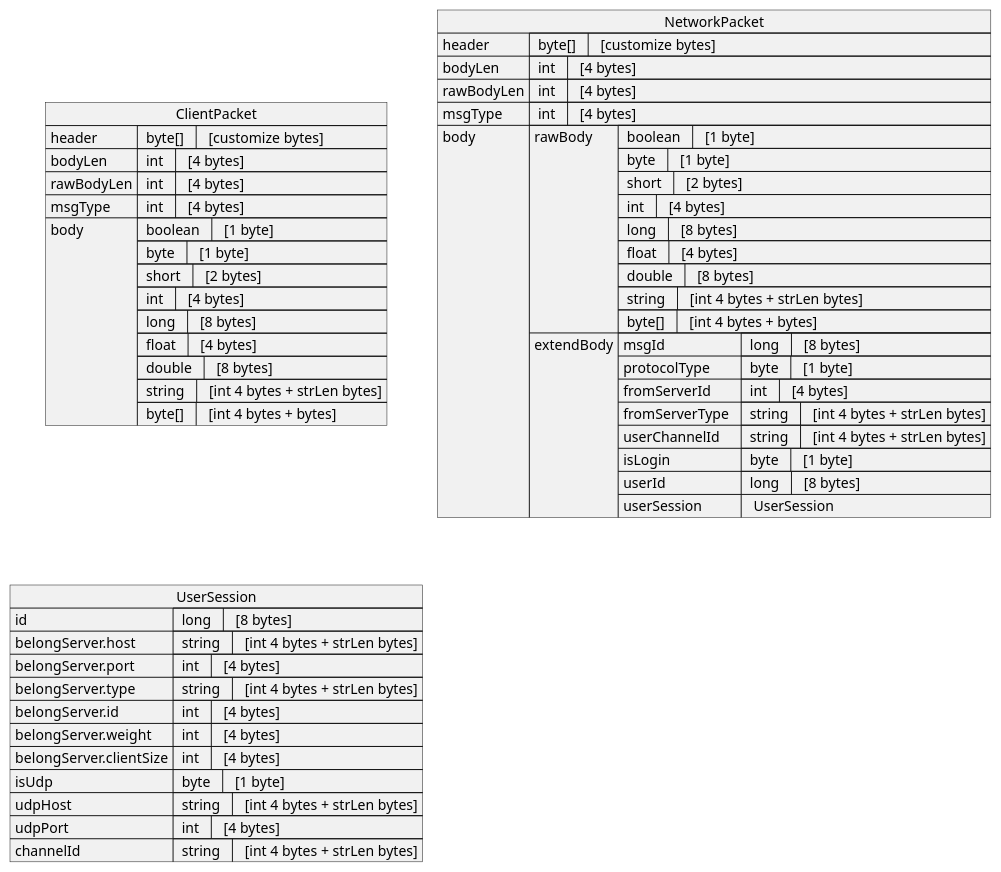
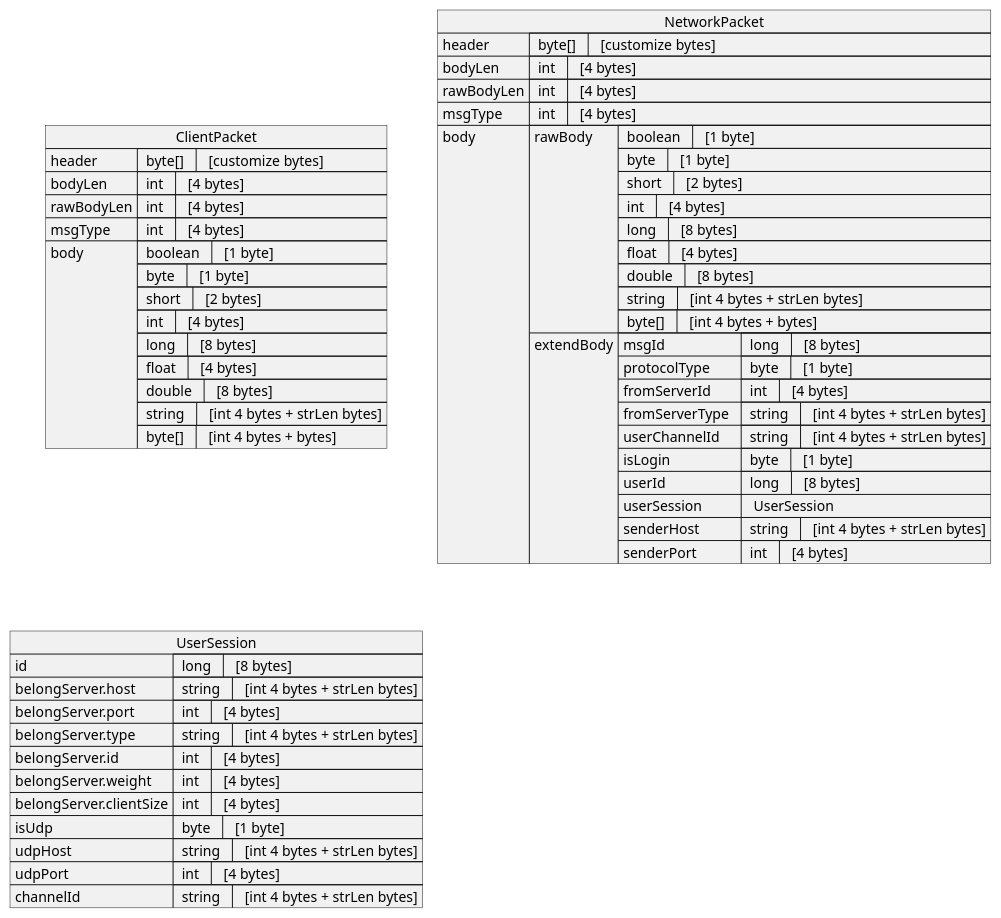
One commit to zunzhuowei/network-server changed the diagram in docs/networkPacket.puml. Above: the diagram before and after it, drawn with PlantUML. The commit also changed 23 other files, not shown here.

```diff
--- a/docs/networkPacket.puml
+++ b/docs/networkPacket.puml
@@ -1,66 +1,68 @@
 @startuml
 json ClientPacket {
 "header":{" byte[]  " : "  [customize bytes]"},
 "bodyLen":{" int  " : "  [4 bytes]"},
 "rawBodyLen":{" int  " : "  [4 bytes]"},
 "msgType":{" int  " : "  [4 bytes]"},
 "body": [
     {" boolean  " : "  [1 byte]"},
     {" byte  " : "  [1 byte]"},
     {" short  " : "  [2 bytes]"},
     {" int  " : "  [4 bytes]"},
     {" long  " : "  [8 bytes]"},
     {" float  " : "  [4 bytes]"},
     {" double  " : "  [8 bytes]"},
     {" string  " : "  [int 4 bytes + strLen bytes]"},
     {" byte[]  " : "  [int 4 bytes + bytes]"}
  ]
 }
 
 json NetworkPacket {
 "header":{" byte[]  " : "  [customize bytes]"},
 "bodyLen":{" int  " : "  [4 bytes]"},
 "rawBodyLen":{" int  " : "  [4 bytes]"},
 "msgType":{" int  " : "  [4 bytes]"},
 "body": {
     "rawBody":
     [
         {" boolean  " : "  [1 byte]"},
         {" byte  " : "  [1 byte]"},
         {" short  " : "  [2 bytes]"},
         {" int  " : "  [4 bytes]"},
         {" long  " : "  [8 bytes]"},
         {" float  " : "  [4 bytes]"},
         {" double  " : "  [8 bytes]"},
         {" string  " : "  [int 4 bytes + strLen bytes]"},
         {" byte[]  " : "  [int 4 bytes + bytes]"}
     ],
      "extendBody":
      {
         "msgId":{" long  " : "  [8 bytes]"},
         ' 0:tcp,1:udp,2:binary_websocket,3:text_websocket,4:http
         "protocolType": {" byte  " : "  [1 byte]"},
         "fromServerId  " : {" int  " : "  [4 bytes]"},
         "fromServerType  " :   {" string  " : "  [int 4 bytes + strLen bytes]"},
         "userChannelId  " :   {" string  " : "  [int 4 bytes + strLen bytes]"},
         "isLogin" : {" byte  " : "  [1 byte]"},
          "userId":{" long  " : "  [8 bytes]"},
-        "userSession" : "  UserSession "
+        "userSession" : "  UserSession ",
+        "senderHost  " :   {" string  " : "  [int 4 bytes + strLen bytes]"},
+        "senderPort  " : {" int  " : "  [4 bytes]"}
      }
  }
 }
 
 json UserSession {
     "id": {" long  " : "  [8 bytes]"},
     "belongServer.host": {" string  " : "  [int 4 bytes + strLen bytes]"},
     "belongServer.port": {" int  " : "  [4 bytes]"},
     "belongServer.type": {" string  " : "  [int 4 bytes + strLen bytes]"},
     "belongServer.id": {" int  " : "  [4 bytes]"},
     "belongServer.weight": {" int  " : "  [4 bytes]"},
     "belongServer.clientSize": {" int  " : "  [4 bytes]"},
     "isUdp": {" byte  " : "  [1 byte]"},
     "udpHost": {" string  " : "  [int 4 bytes + strLen bytes]"},
     "udpPort": {" int  " : "  [4 bytes]"},
     "channelId": {" string  " : "  [int 4 bytes + strLen bytes]"}
 }
 @enduml
```
